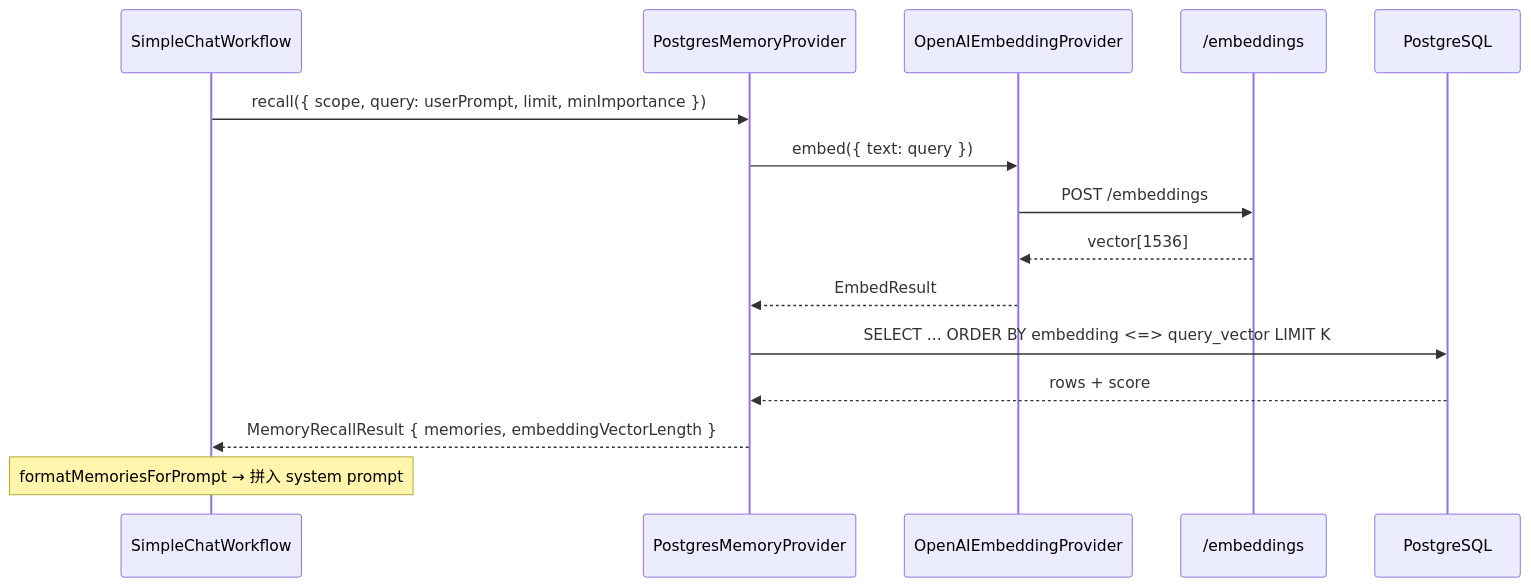
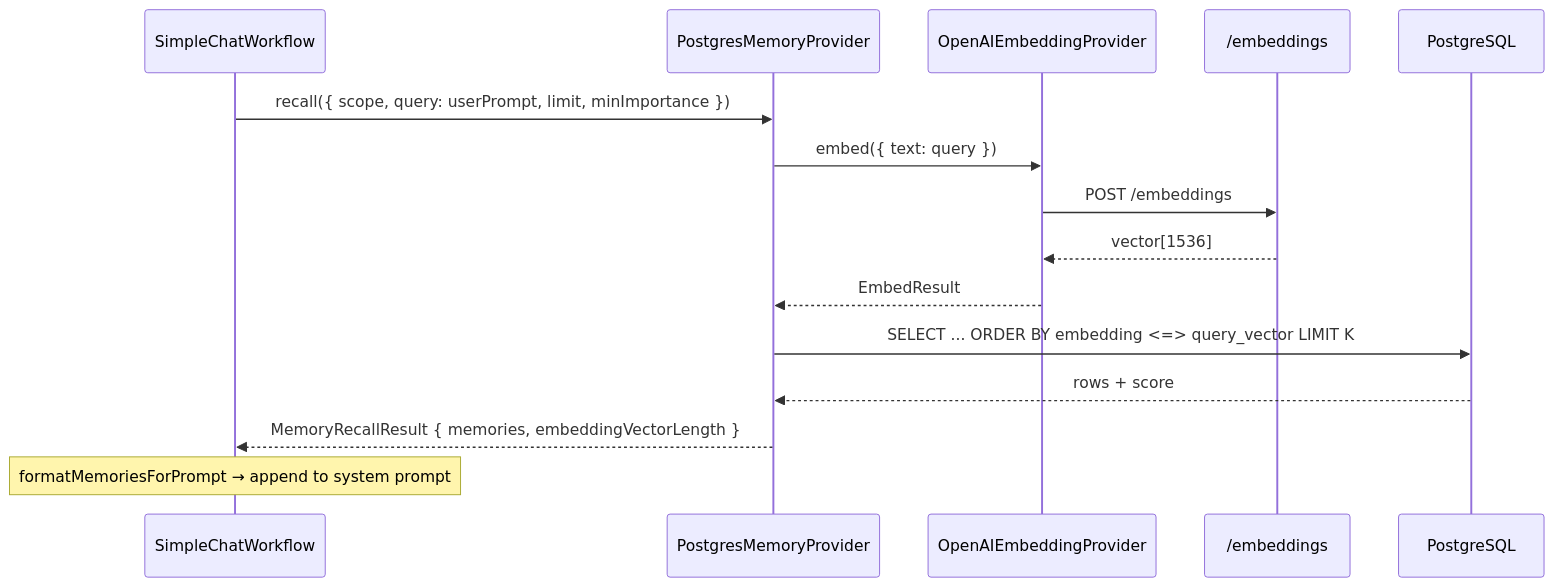
One commit to KRISACHAN/ying-ai changed the second of 4 diagrams in packages/memory-postgres/README.md. Above: the diagram before and after it, drawn with Mermaid. The commit also changed other lines of this file and 205 other files, not shown here.

````diff
--- a/packages/memory-postgres/README.md
+++ b/packages/memory-postgres/README.md
@@ -111,18 +113,18 @@
 ```mermaid
 sequenceDiagram
   participant WF as SimpleChatWorkflow
   participant PMP as PostgresMemoryProvider
   participant OEP as OpenAIEmbeddingProvider
   participant API as /embeddings
   participant DB as PostgreSQL
 
   WF->>PMP: recall({ scope, query: userPrompt, limit, minImportance })
   PMP->>OEP: embed({ text: query })
   OEP->>API: POST /embeddings
   API-->>OEP: vector[1536]
   OEP-->>PMP: EmbedResult
   PMP->>DB: SELECT ... ORDER BY embedding <=> query_vector LIMIT K
   DB-->>PMP: rows + score
   PMP-->>WF: MemoryRecallResult { memories, embeddingVectorLength }
-  Note over WF: formatMemoriesForPrompt → 拼入 system prompt
+  Note over WF: formatMemoriesForPrompt → append to system prompt
 ```
````
